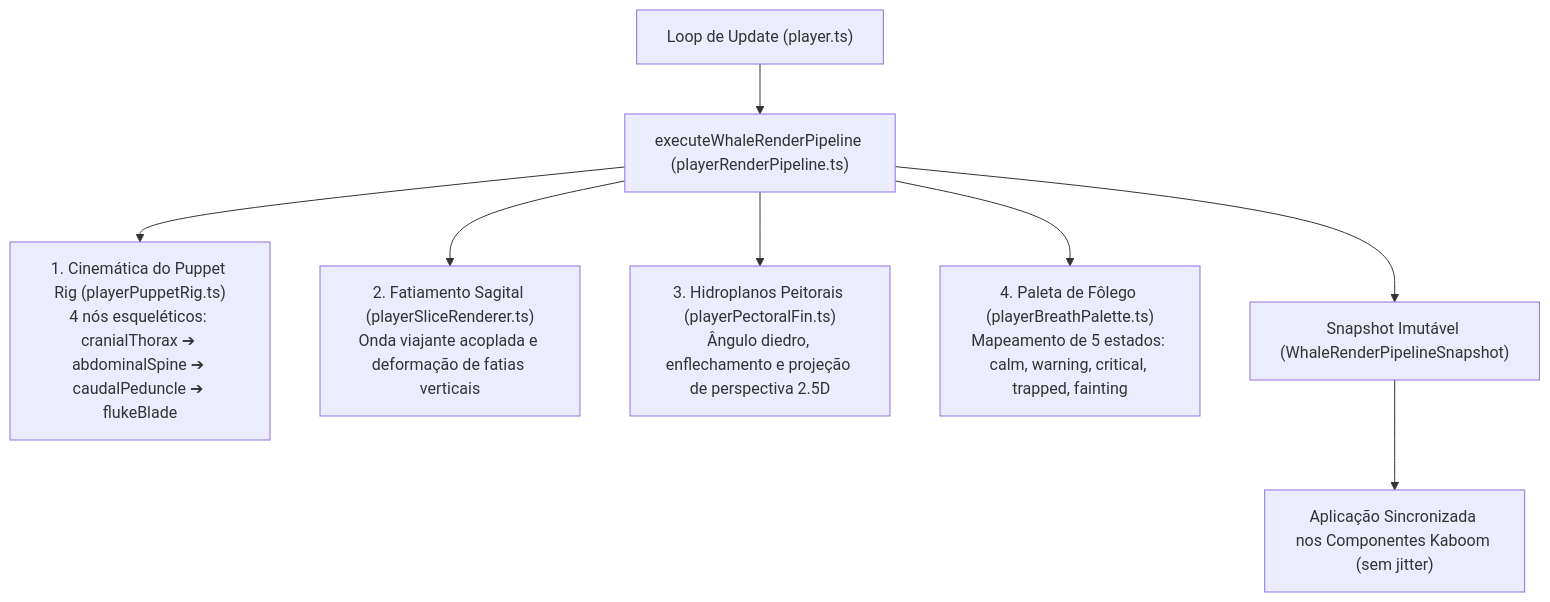
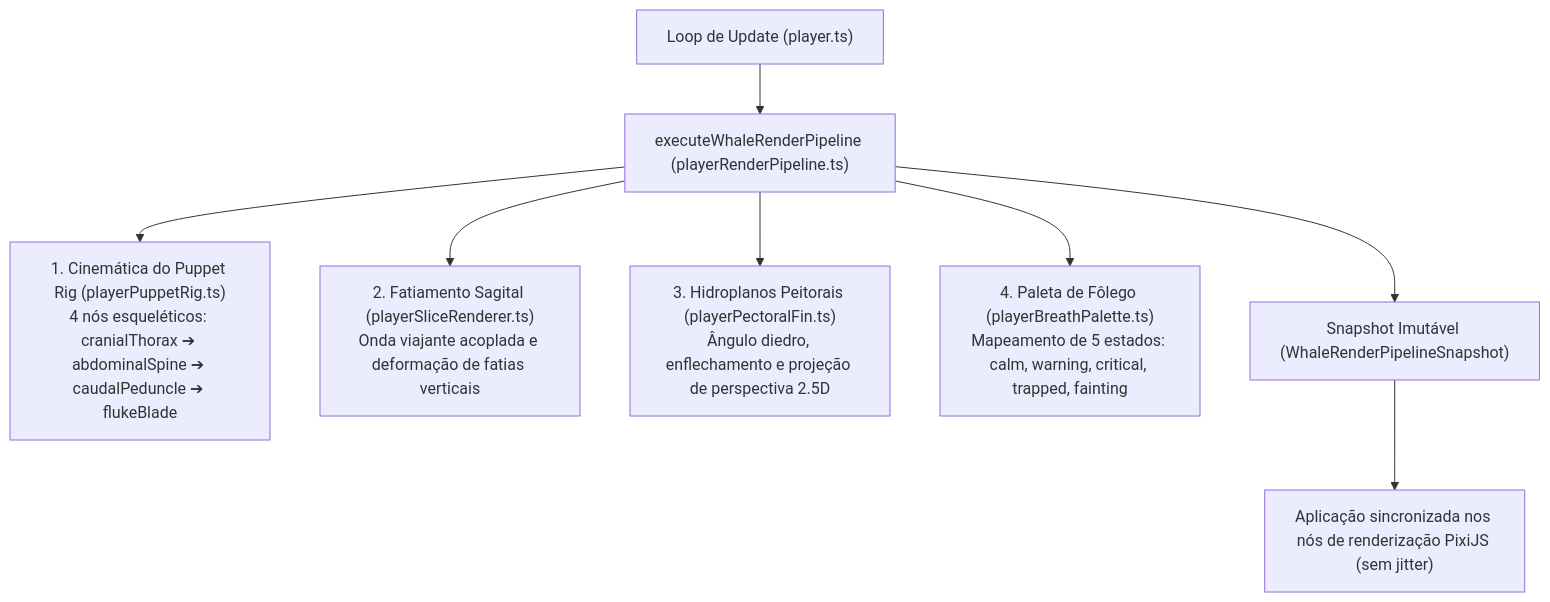
The second of 5 diagrams in docs/ARCHITECTURE.md (FeCruz0/micro-splash), drawn with Mermaid before and after one commit. The commit also changed other lines of this file and 8 other files, not shown here.

````diff
--- a/docs/ARCHITECTURE.md
+++ b/docs/ARCHITECTURE.md
@@ -121,10 +121,10 @@
 ```mermaid
 graph TD
     UPDATE["Loop de Update (player.ts)"] --> PIPELINE["executeWhaleRenderPipeline (playerRenderPipeline.ts)"]
     PIPELINE --> RIG["1. Cinemática do Puppet Rig (playerPuppetRig.ts)<br/>4 nós esqueléticos: cranialThorax ➔ abdominalSpine ➔ caudalPeduncle ➔ flukeBlade"]
     PIPELINE --> SLICE["2. Fatiamento Sagital (playerSliceRenderer.ts)<br/>Onda viajante acoplada e deformação de fatias verticais"]
     PIPELINE --> FINS["3. Hidroplanos Peitorais (playerPectoralFin.ts)<br/>Ângulo diedro, enflechamento e projeção de perspectiva 2.5D"]
     PIPELINE --> PALETTE["4. Paleta de Fôlego (playerBreathPalette.ts)<br/>Mapeamento de 5 estados: calm, warning, critical, trapped, fainting"]
     PIPELINE --> SNAPSHOT["Snapshot Imutável (WhaleRenderPipelineSnapshot)"]
-    SNAPSHOT --> APPLY["Aplicação Sincronizada nos Componentes Kaboom (sem jitter)"]
+    SNAPSHOT --> APPLY["Aplicação sincronizada nos nós de renderização PixiJS (sem jitter)"]
 ```
````
